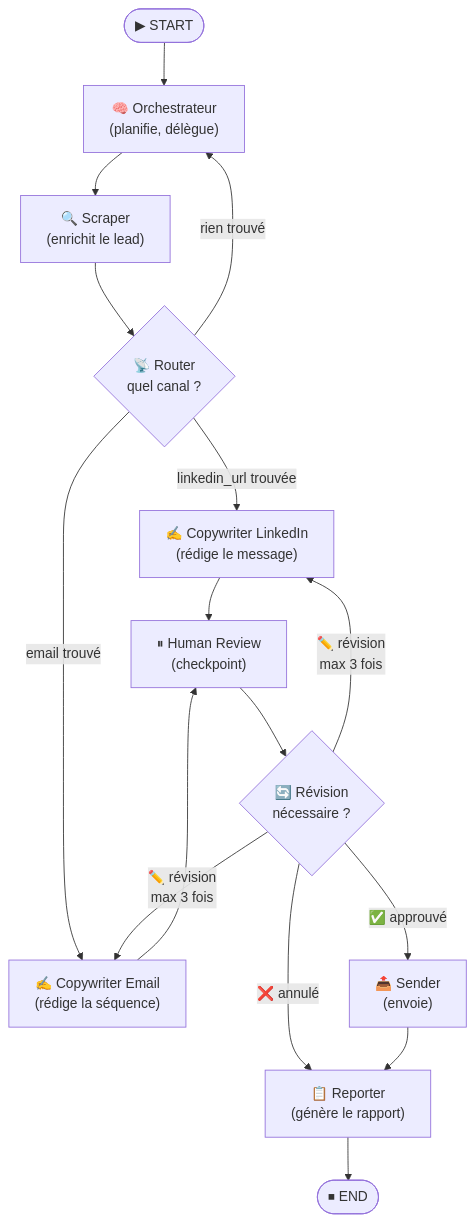
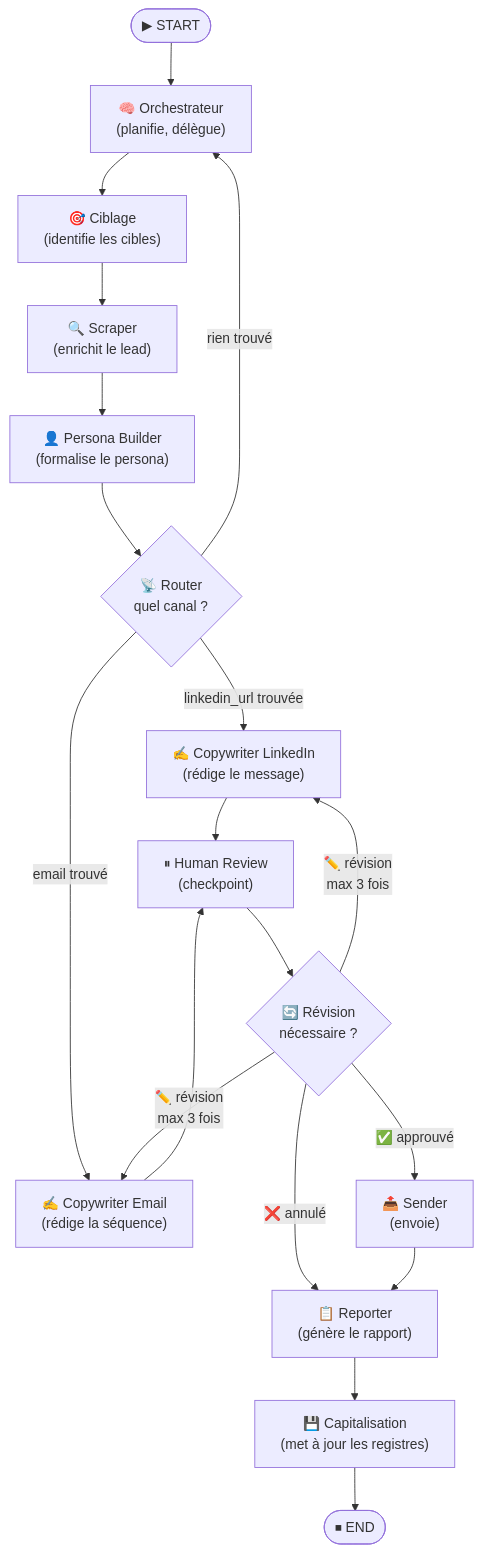
One commit to Yohann76/hanibal-marketplace-agents changed the eighth of 24 diagrams in Docs/reflexion/graph-prospection.md. Above: the diagram before and after it, drawn with Mermaid. The commit also changed other lines of this file, not shown here.

````diff
--- a/Docs/reflexion/graph-prospection.md
+++ b/Docs/reflexion/graph-prospection.md
@@ -183,34 +183,40 @@
 ```mermaid
 graph TD
     START([▶ START]) --> orchestrator
 
     orchestrator["🧠 Orchestrateur\n(planifie, délègue)"]
+    ciblage["🎯 Ciblage\n(identifie les cibles)"]
     scraper["🔍 Scraper\n(enrichit le lead)"]
+    persona_builder["👤 Persona Builder\n(formalise le persona)"]
     router{"📡 Router\nquel canal ?"}
     linkedin_writer["✍️ Copywriter LinkedIn\n(rédige le message)"]
     email_writer["✍️ Copywriter Email\n(rédige la séquence)"]
     human_review["⏸ Human Review\n(checkpoint)"]
     revise{"🔄 Révision\nnécessaire ?"}
     sender["📤 Sender\n(envoie)"]
     reporter["📋 Reporter\n(génère le rapport)"]
+    capitalisation["💾 Capitalisation\n(met à jour les registres)"]
     END_NODE([⏹ END])
 
-    orchestrator --> scraper
-    scraper --> router
+    orchestrator --> ciblage
+    ciblage --> scraper
+    scraper --> persona_builder
+    persona_builder --> router
 
     router -->|"linkedin_url trouvée"| linkedin_writer
     router -->|"email trouvé"| email_writer
     router -->|"rien trouvé"| orchestrator
 
     linkedin_writer --> human_review
     email_writer --> human_review
 
     human_review --> revise
     revise -->|"✅ approuvé"| sender
     revise -->|"✏️ révision\nmax 3 fois"| linkedin_writer
     revise -->|"✏️ révision\nmax 3 fois"| email_writer
     revise -->|"❌ annulé"| reporter
 
     sender --> reporter
-    reporter --> END_NODE
+    reporter --> capitalisation
+    capitalisation --> END_NODE
 ```
````
